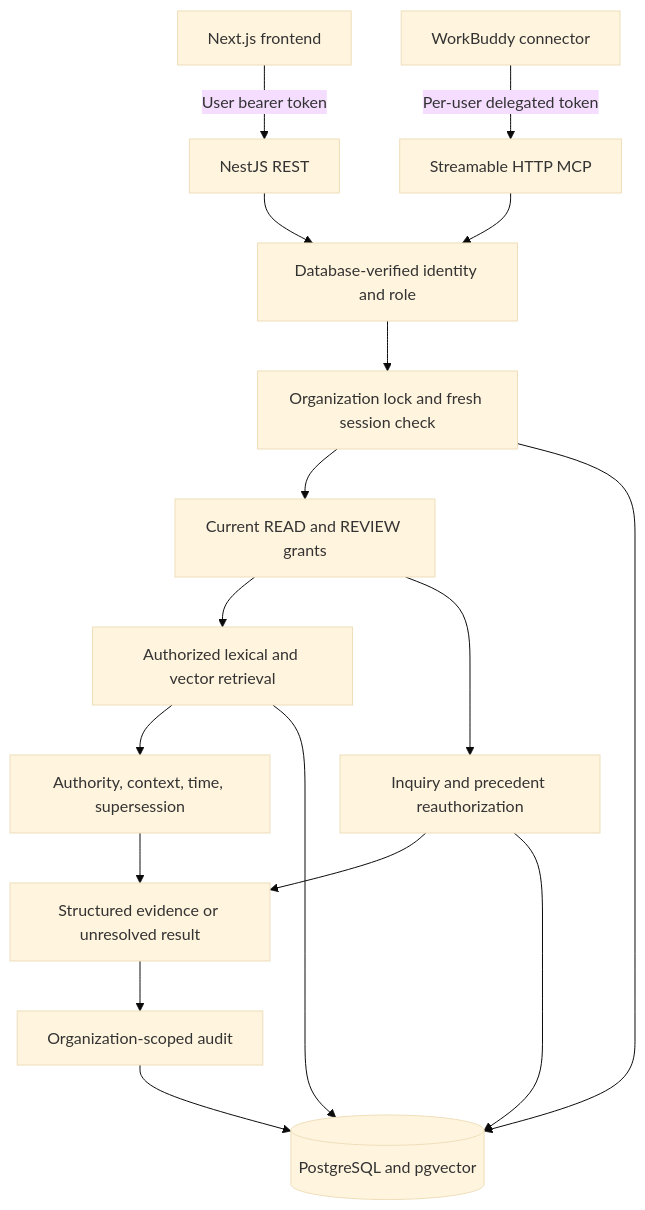
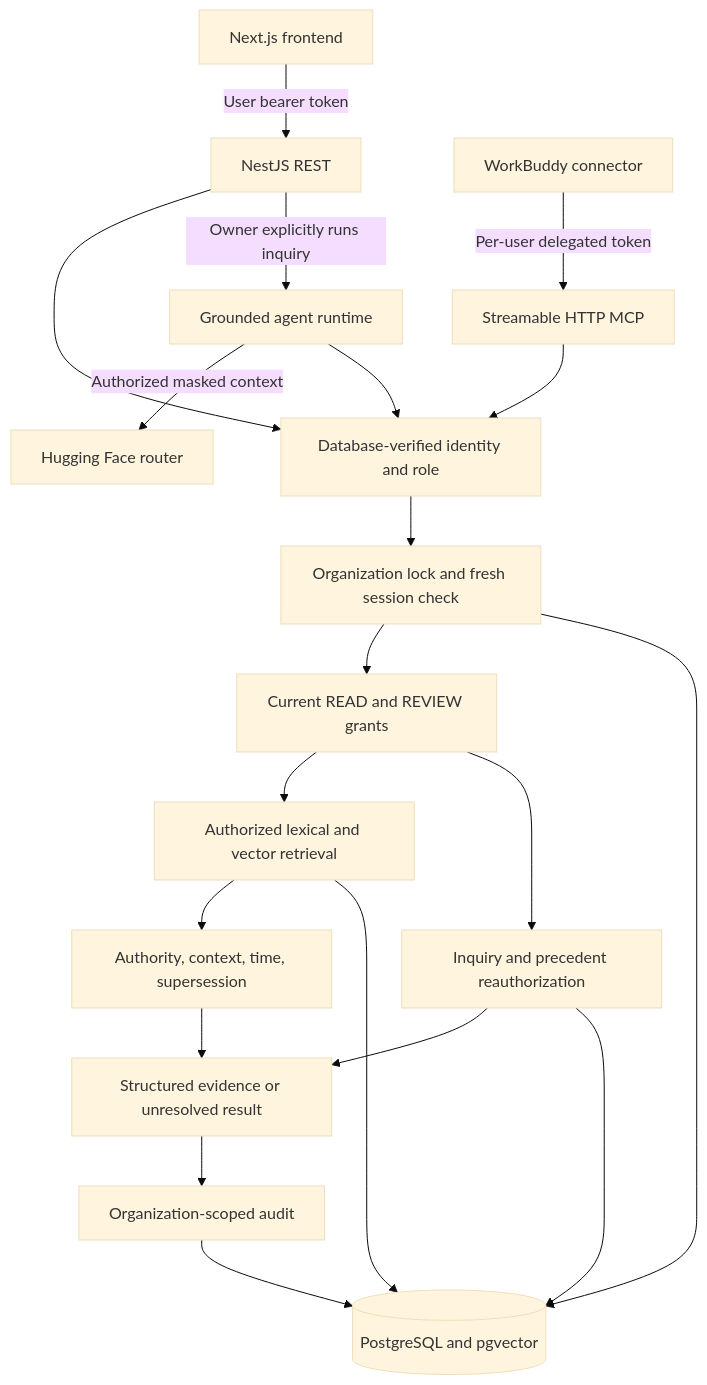
The diagram in docs/architecture.md (Veridict-labs/veridict), drawn with Mermaid (base theme) before and after one commit. The commit also changed other lines of this file and 9 other files, not shown here.

````diff
--- a/docs/architecture.md
+++ b/docs/architecture.md
@@ -5,19 +5,22 @@
 ```mermaid
 flowchart TD
   Web[Next.js frontend] -->|User bearer token| API[NestJS REST]
   Agent[WorkBuddy connector] -->|Per-user delegated token| MCP[Streamable HTTP MCP]
   API --> Guard[Database-verified identity and role]
+  API -->|Owner explicitly runs inquiry| Runtime[Grounded agent runtime]
+  Runtime -->|Authorized masked context| HF[Hugging Face router]
+  Runtime --> Guard
   MCP --> Guard
   Guard --> Scope[Organization lock and fresh session check]
   Scope --> ACL[Current READ and REVIEW grants]
   ACL --> Search[Authorized lexical and vector retrieval]
   ACL --> History[Inquiry and precedent reauthorization]
   Search --> Policy[Authority, context, time, supersession]
   Policy --> Evidence[Structured evidence or unresolved result]
   History --> Evidence
   Evidence --> Audit[Organization-scoped audit]
   Scope --> DB[(PostgreSQL and pgvector)]
   Search --> DB
   History --> DB
   Audit --> DB
 ```
````
